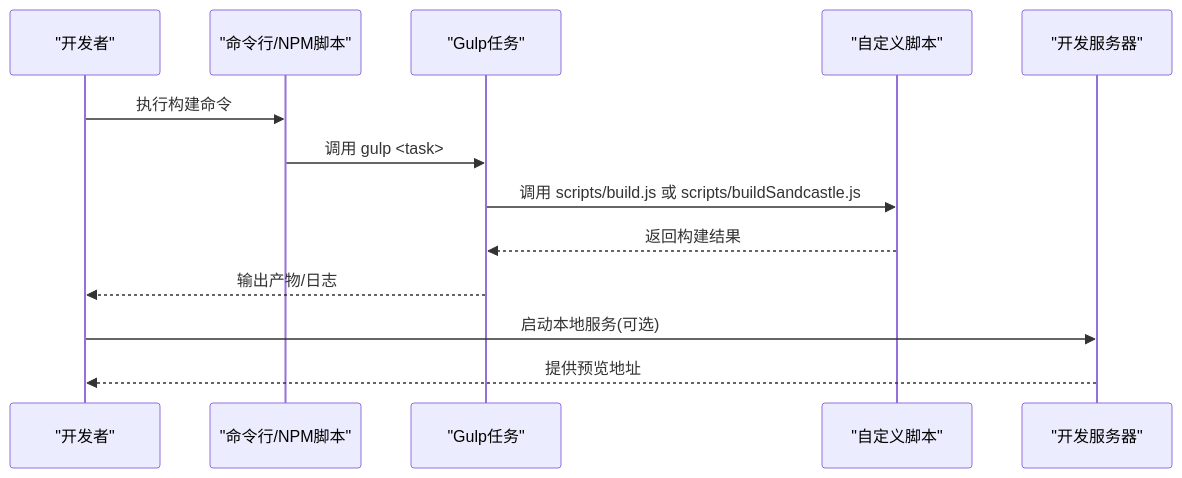
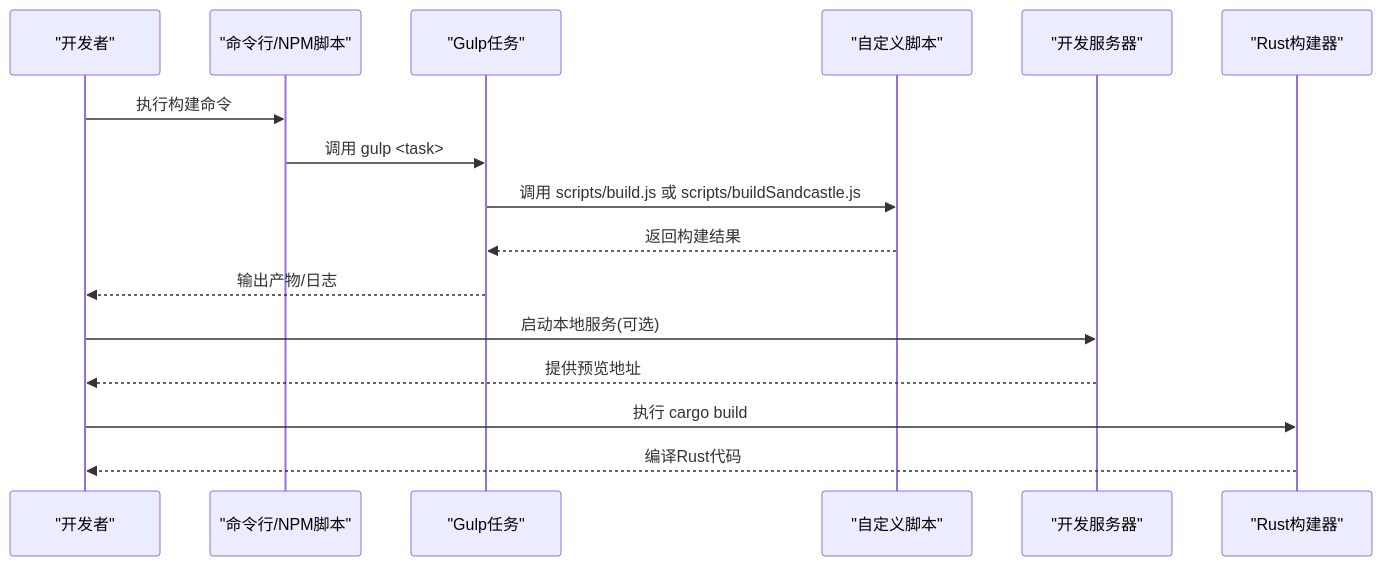
One commit to rzhangjing/cesium changed the second of 6 diagrams in .qoder/repowiki/zh/content/构建与部署/构建系统配置/构建系统配置.md. Above: the diagram before and after it, drawn with Mermaid. The commit also changed other lines of this file and 100 other files, not shown here.

````diff
--- a/.qoder/repowiki/zh/content/构建与部署/构建系统配置/构建系统配置.md
+++ b/.qoder/repowiki/zh/content/构建与部署/构建系统配置/构建系统配置.md
@@ -104,15 +124,18 @@
 ```mermaid
 sequenceDiagram
 participant Dev as "开发者"
 participant CLI as "命令行/NPM脚本"
 participant Gulp as "Gulp任务"
 participant Scripts as "自定义脚本"
 participant Server as "开发服务器"
+participant Cargo as "Rust构建器"
 Dev->>CLI : 执行构建命令
 CLI->>Gulp : 调用 gulp <task>
 Gulp->>Scripts : 调用 scripts/build.js 或 scripts/buildSandcastle.js
 Scripts-->>Gulp : 返回构建结果
 Gulp-->>Dev : 输出产物/日志
 Dev->>Server : 启动本地服务(可选)
 Server-->>Dev : 提供预览地址
+Dev->>Cargo : 执行 cargo build
+Cargo-->>Dev : 编译Rust代码
 ```
````
